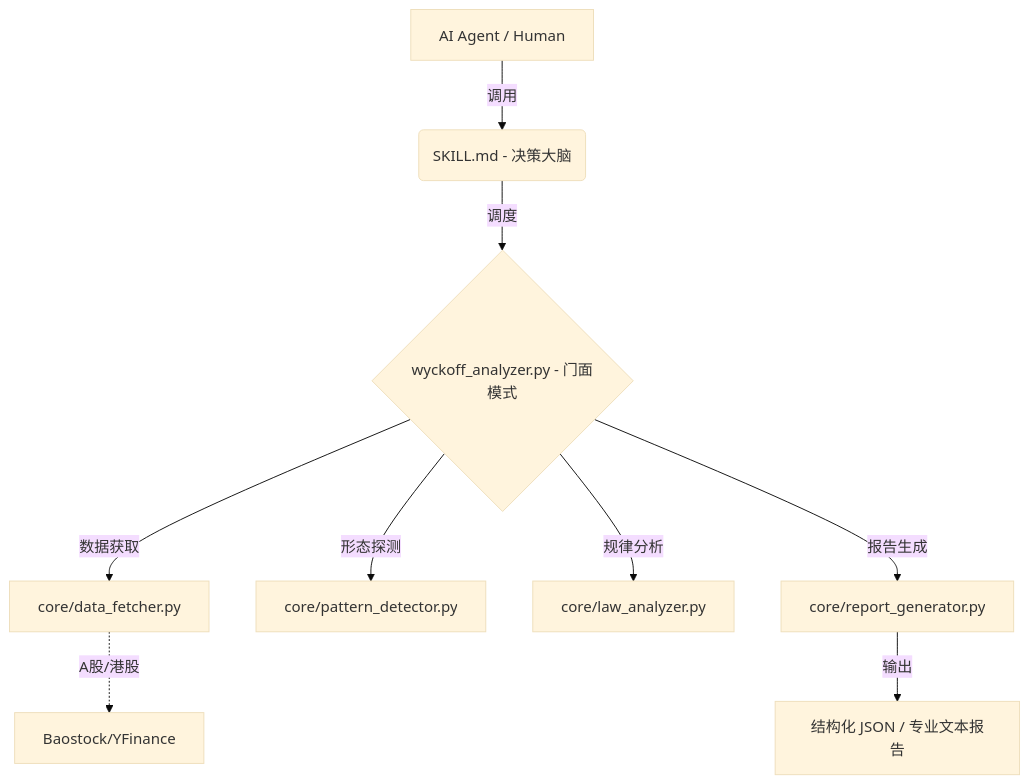
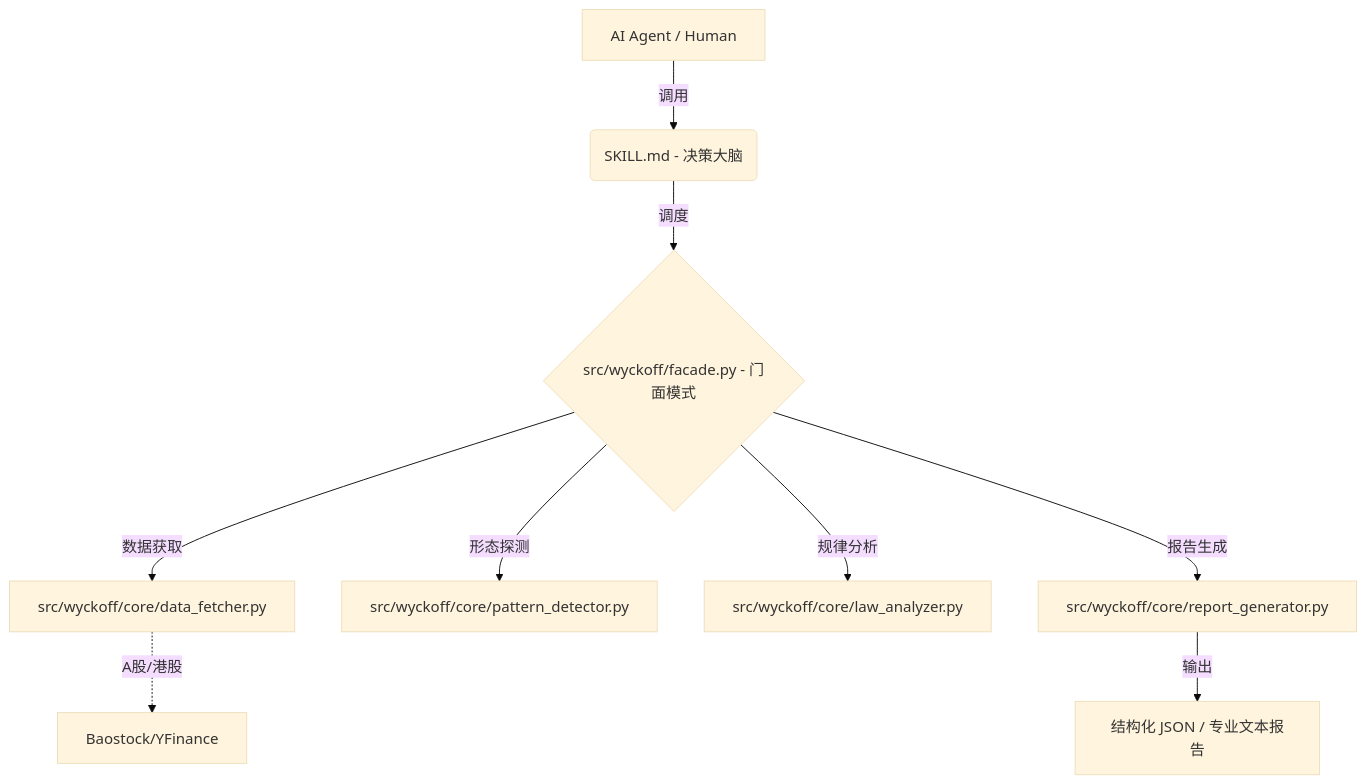
Before and after one commit to Geekwls/wyckoff-stock-analysis: the diagram in README.md, drawn with Mermaid (base theme). The commit also changed other lines of this file and 58 other files, not shown here.

Commit message:
refactor: split library into src/wyckoff and app entrypoints

````diff
--- a/README.md
+++ b/README.md
@@ -18,11 +18,11 @@
 ```mermaid
 graph TD
     A[AI Agent / Human] -->|调用| B(SKILL.md - 决策大脑)
-    B -->|调度| C{wyckoff_analyzer.py - 门面模式}
-    C -->|数据获取| D[core/data_fetcher.py]
-    C -->|形态探测| E[core/pattern_detector.py]
-    C -->|规律分析| F[core/law_analyzer.py]
-    C -->|报告生成| G[core/report_generator.py]
+    B -->|调度| C{src/wyckoff/facade.py - 门面模式}
+    C -->|数据获取| D[src/wyckoff/core/data_fetcher.py]
+    C -->|形态探测| E[src/wyckoff/core/pattern_detector.py]
+    C -->|规律分析| F[src/wyckoff/core/law_analyzer.py]
+    C -->|报告生成| G[src/wyckoff/core/report_generator.py]
     D -.->|A股/港股| H[Baostock/YFinance]
     G -->|输出| I[结构化 JSON / 专业文本报告]
 ```
````
